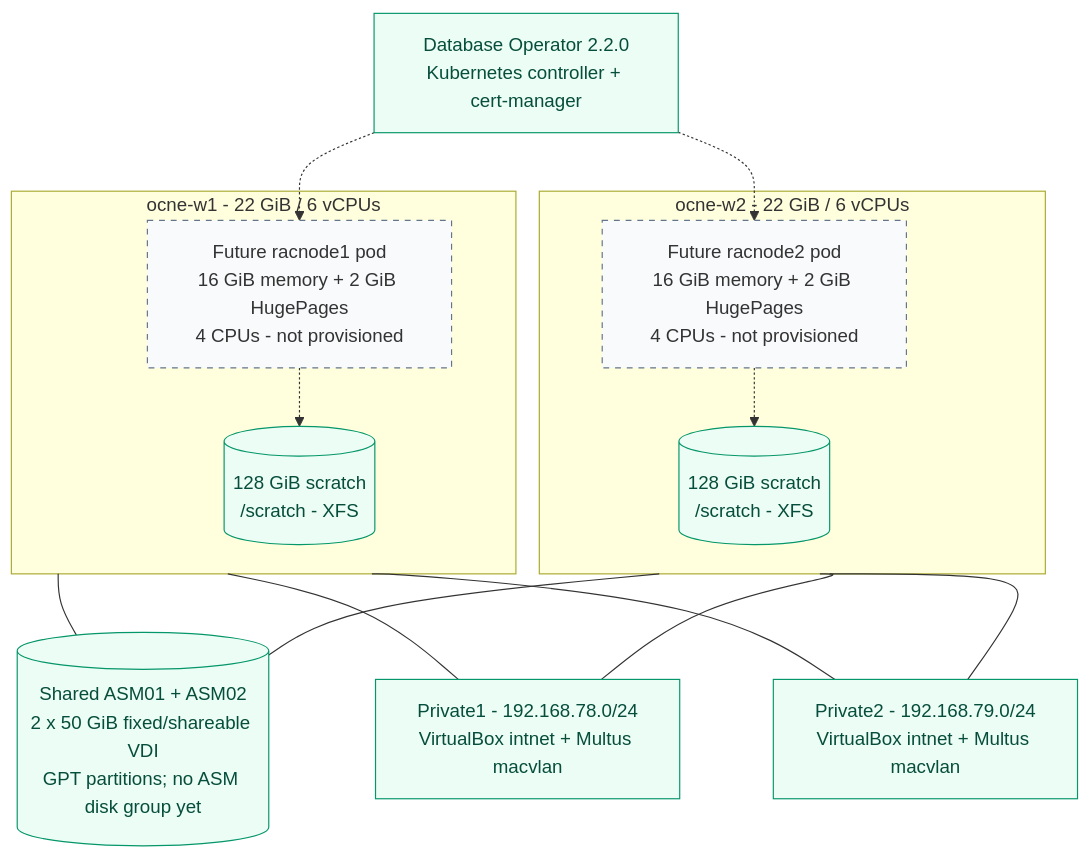
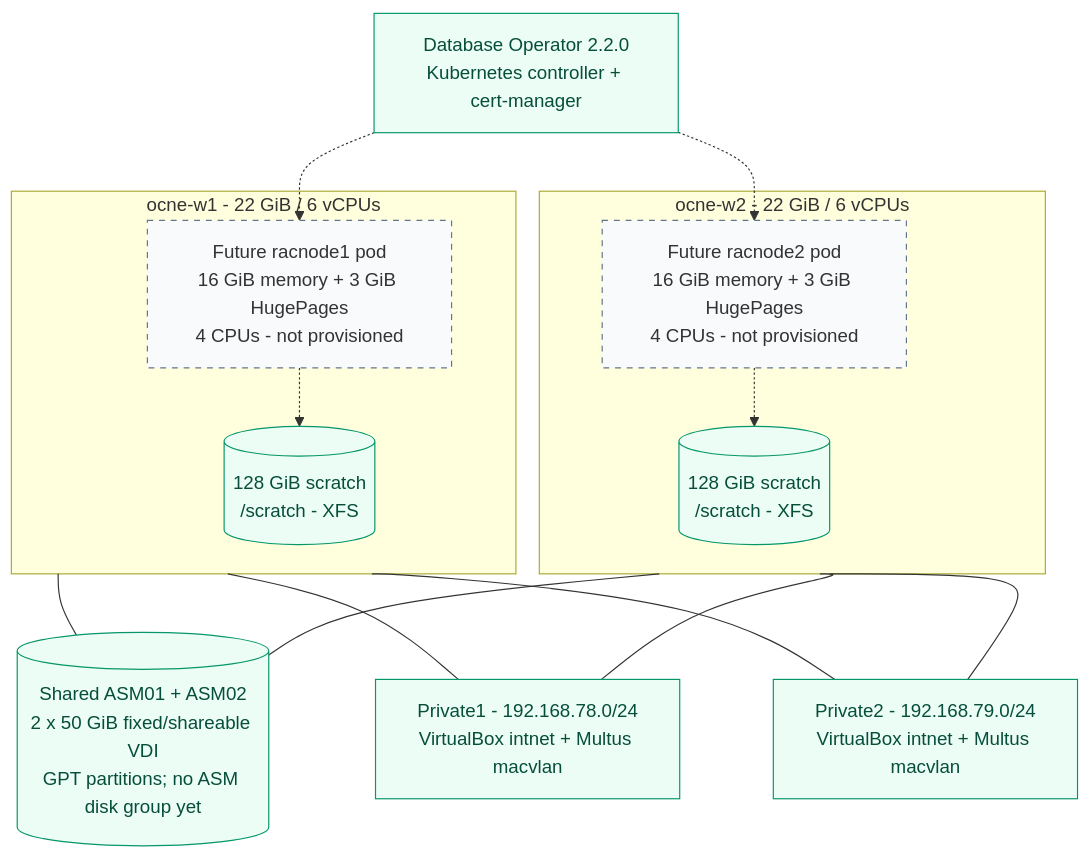
The fourth of 4 diagrams in docs/ARCHITECTURE.md (roopla/ocne-lab-codex), drawn with Mermaid before and after one commit. The commit also changed 13 other files, not shown here.

Commit message:
Increase RAC SGA and worker HugePages to 3 GiB with verified scheduling

````diff
--- a/docs/ARCHITECTURE.md
+++ b/docs/ARCHITECTURE.md
@@ -148,29 +148,29 @@
 ```mermaid
 flowchart TB
     OPERATOR["Database Operator 2.2.0<br/>Kubernetes controller + cert-manager"]
     subgraph WORKER1["ocne-w1 - 22 GiB / 6 vCPUs"]
         S1[("128 GiB scratch<br/>/scratch - XFS")]
-        P1["Future racnode1 pod<br/>16 GiB memory + 2 GiB HugePages<br/>4 CPUs - not provisioned"]
+        P1["Future racnode1 pod<br/>16 GiB memory + 3 GiB HugePages<br/>4 CPUs - not provisioned"]
     end
     subgraph WORKER2["ocne-w2 - 22 GiB / 6 vCPUs"]
         S2[("128 GiB scratch<br/>/scratch - XFS")]
-        P2["Future racnode2 pod<br/>16 GiB memory + 2 GiB HugePages<br/>4 CPUs - not provisioned"]
+        P2["Future racnode2 pod<br/>16 GiB memory + 3 GiB HugePages<br/>4 CPUs - not provisioned"]
     end
     ASM[("Shared ASM01 + ASM02<br/>2 x 50 GiB fixed/shareable VDI<br/>GPT partitions; no ASM disk group yet")]
     N1["Private1 - 192.168.78.0/24<br/>VirtualBox intnet + Multus macvlan"]
     N2["Private2 - 192.168.79.0/24<br/>VirtualBox intnet + Multus macvlan"]
     OPERATOR -.-> P1
     OPERATOR -.-> P2
     P1 -.-> S1
     P2 -.-> S2
     WORKER1 --- ASM
     WORKER2 --- ASM
     WORKER1 --- N1
     WORKER2 --- N1
     WORKER1 --- N2
     WORKER2 --- N2
     classDef future fill:#f8fafc,stroke:#64748b,stroke-dasharray:5 5
     classDef installed fill:#ecfdf5,stroke:#059669,color:#064e3b
     class P1,P2 future
     class S1,S2,ASM,N1,N2,OPERATOR installed
 ```
````
